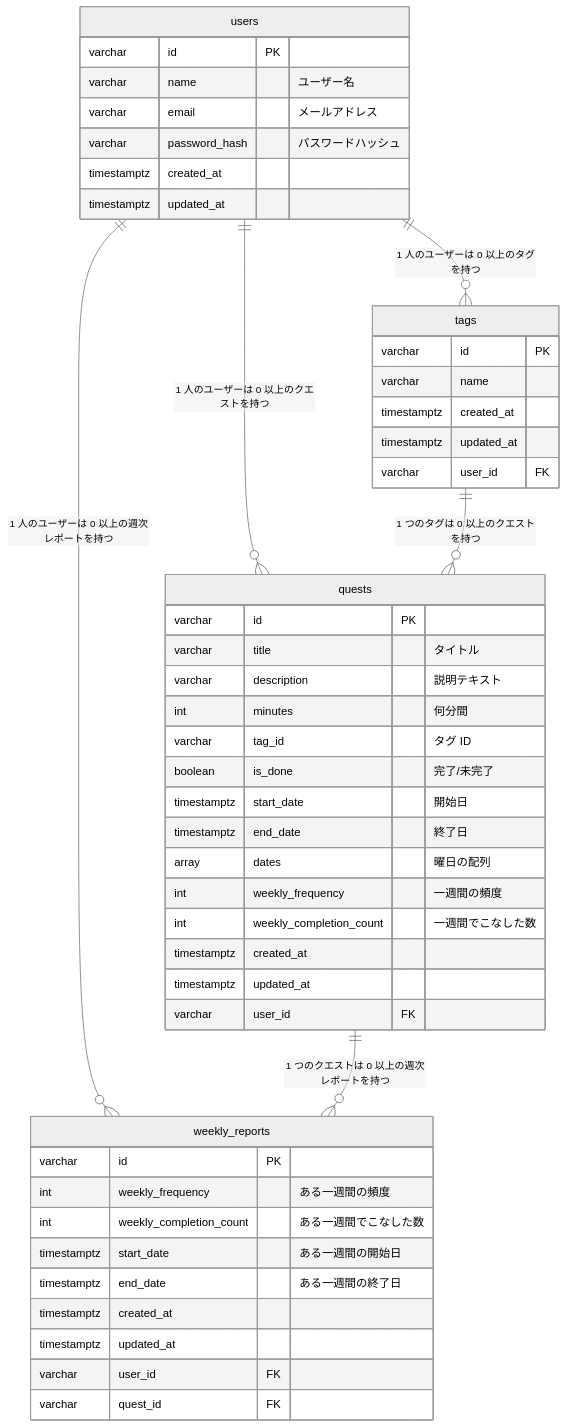
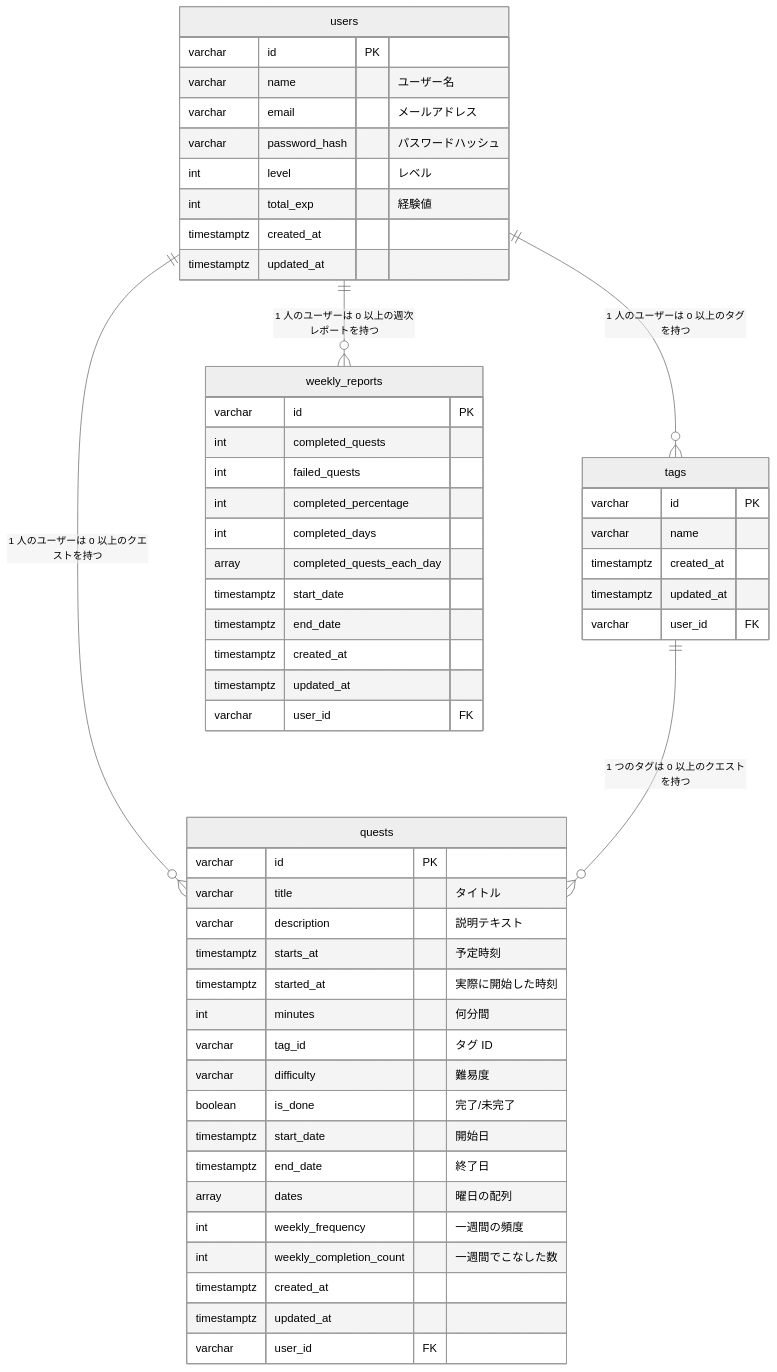
One commit to taga3s/Rhythmate-Service changed the diagram in docs/db/mermaid.md. Above: the diagram before and after it, drawn with Mermaid (neutral theme).

Commit message:
docs: er図を更新

````diff
--- a/docs/db/mermaid.md
+++ b/docs/db/mermaid.md
@@ -1,52 +1,56 @@
 ```mermaid
-
 erDiagram
-users {
-varchar id PK
-varchar name "ユーザー名"
-varchar email "メールアドレス"
-varchar password_hash "パスワードハッシュ"
-timestamptz created_at
-　　 timestamptz updated_at
-}
-quests {
-varchar id PK
-varchar title "タイトル"
-varchar description "説明テキスト"
-int minutes "何分間"
-varchar tag_id "タグ ID"
-　　 boolean is_done "完了/未完了"
-timestamptz start_date "開始日"
-timestamptz end_date "終了日"
-array dates 　"曜日の配列"
-　　 int weekly_frequency "一週間の頻度"
-　　 int weekly_completion_count "一週間でこなした数"
-timestamptz created_at
-timestamptz updated_at
-varchar user_id FK
-}
-tags {
-varchar id PK
-varchar name
-timestamptz created_at
-timestamptz updated_at
-varchar user_id FK
-}
-　 weekly_reports {
-varchar id PK
-　　 int weekly_frequency "ある一週間の頻度"
-　　 int weekly_completion_count "ある一週間でこなした数"
-timestamptz start_date "ある一週間の開始日"
-timestamptz end_date "ある一週間の終了日"
-timestamptz created_at
-timestamptz updated_at
-varchar user_id FK
-varchar quest_id FK
-}
-users ||--o{ quests : "1 人のユーザーは 0 以上のクエストを持つ"
-users || --o{ tags : "1 人のユーザーは 0 以上のタグを持つ"
-tags || --o{ quests : "1 つのタグは 0 以上のクエストを持つ"
-users ||--o{ weekly_reports : "1 人のユーザーは 0 以上の週次レポートを持つ"
-quests ||--o{ weekly_reports : "1 つのクエストは 0 以上の週次レポートを持つ"
-
+    users {
+        varchar id PK
+        varchar name "ユーザー名"
+        varchar email "メールアドレス"
+        varchar password_hash "パスワードハッシュ"
+        int level "レベル"
+        int total_exp "経験値"
+        timestamptz created_at
+        timestamptz updated_at
+    }
+    quests {
+        varchar id PK
+        varchar title "タイトル"
+        varchar description "説明テキスト"
+        timestamptz starts_at "予定時刻"
+        timestamptz started_at "実際に開始した時刻"
+        int minutes "何分間"
+        varchar tag_id "タグ ID"
+        varchar difficulty "難易度"
+        boolean is_done "完了/未完了"
+        timestamptz start_date "開始日"
+        timestamptz end_date "終了日"
+        array dates "曜日の配列"
+        int weekly_frequency "一週間の頻度"
+        int weekly_completion_count "一週間でこなした数"
+        timestamptz created_at
+        timestamptz updated_at
+        varchar user_id FK
+    }
+    tags {
+        varchar id PK
+        varchar name
+        timestamptz created_at
+        timestamptz updated_at
+        varchar user_id FK
+    }
+    weekly_reports {
+        varchar id PK
+        int completed_quests
+        int failed_quests
+        int completed_percentage
+        int completed_days
+        array completed_quests_each_day
+        timestamptz start_date
+        timestamptz end_date
+        timestamptz created_at
+        timestamptz updated_at
+        varchar user_id FK
+    }
+    users ||--o{ quests : "1 人のユーザーは 0 以上のクエストを持つ"
+    users || --o{ tags : "1 人のユーザーは 0 以上のタグを持つ"
+    tags || --o{ quests : "1 つのタグは 0 以上のクエストを持つ"
+    users ||--o{ weekly_reports : "1 人のユーザーは 0 以上の週次レポートを持つ"
 ```
````
